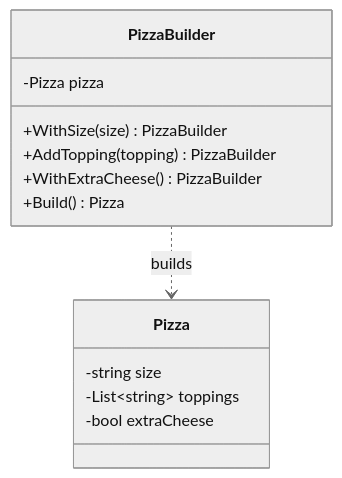
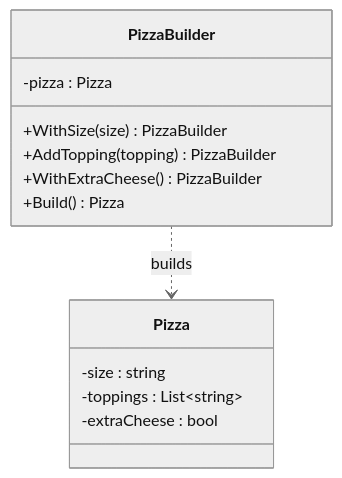
One commit to tushardongre1990/LLD-Claude changed the diagram in 00-Foundations/04-Design-Patterns/Creational/Builder/notes.md. Above: the diagram before and after it, drawn with Mermaid (neutral theme). The commit also changed 19 other files, not shown here.

First line of the commit message:
docs(00-Foundations): fix mermaid attribute ordering to name : type

````diff
--- a/00-Foundations/04-Design-Patterns/Creational/Builder/notes.md
+++ b/00-Foundations/04-Design-Patterns/Creational/Builder/notes.md
@@ -11,16 +11,16 @@
 ```mermaid
 classDiagram
     class Pizza {
-        -string size
-        -List~string~ toppings
-        -bool extraCheese
+        -size : string
+        -toppings : List~string~
+        -extraCheese : bool
     }
     class PizzaBuilder {
-        -Pizza pizza
+        -pizza : Pizza
         +WithSize(size) PizzaBuilder
         +AddTopping(topping) PizzaBuilder
         +WithExtraCheese() PizzaBuilder
         +Build() Pizza
     }
     PizzaBuilder ..> Pizza : builds
 ```
````
